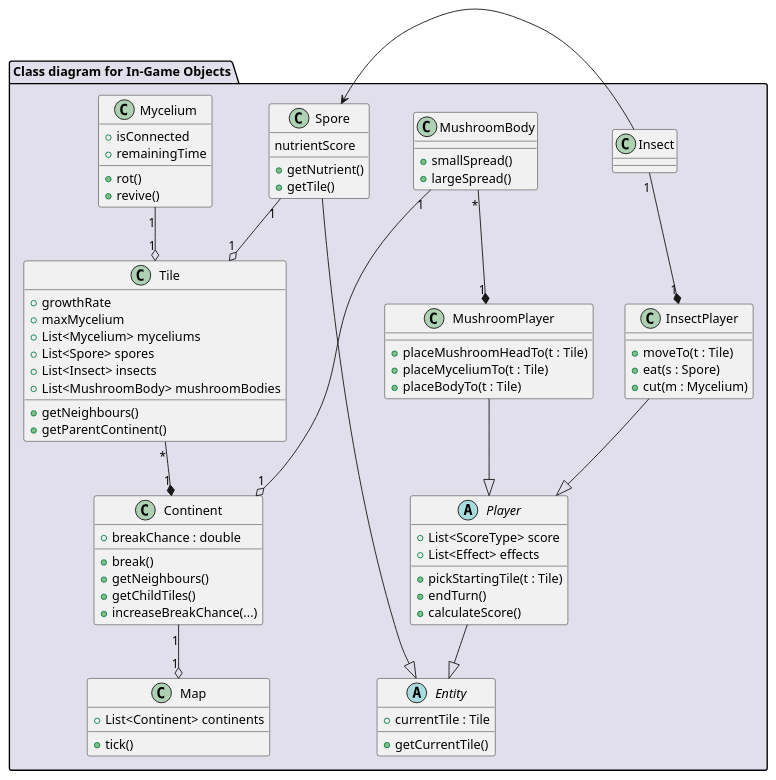
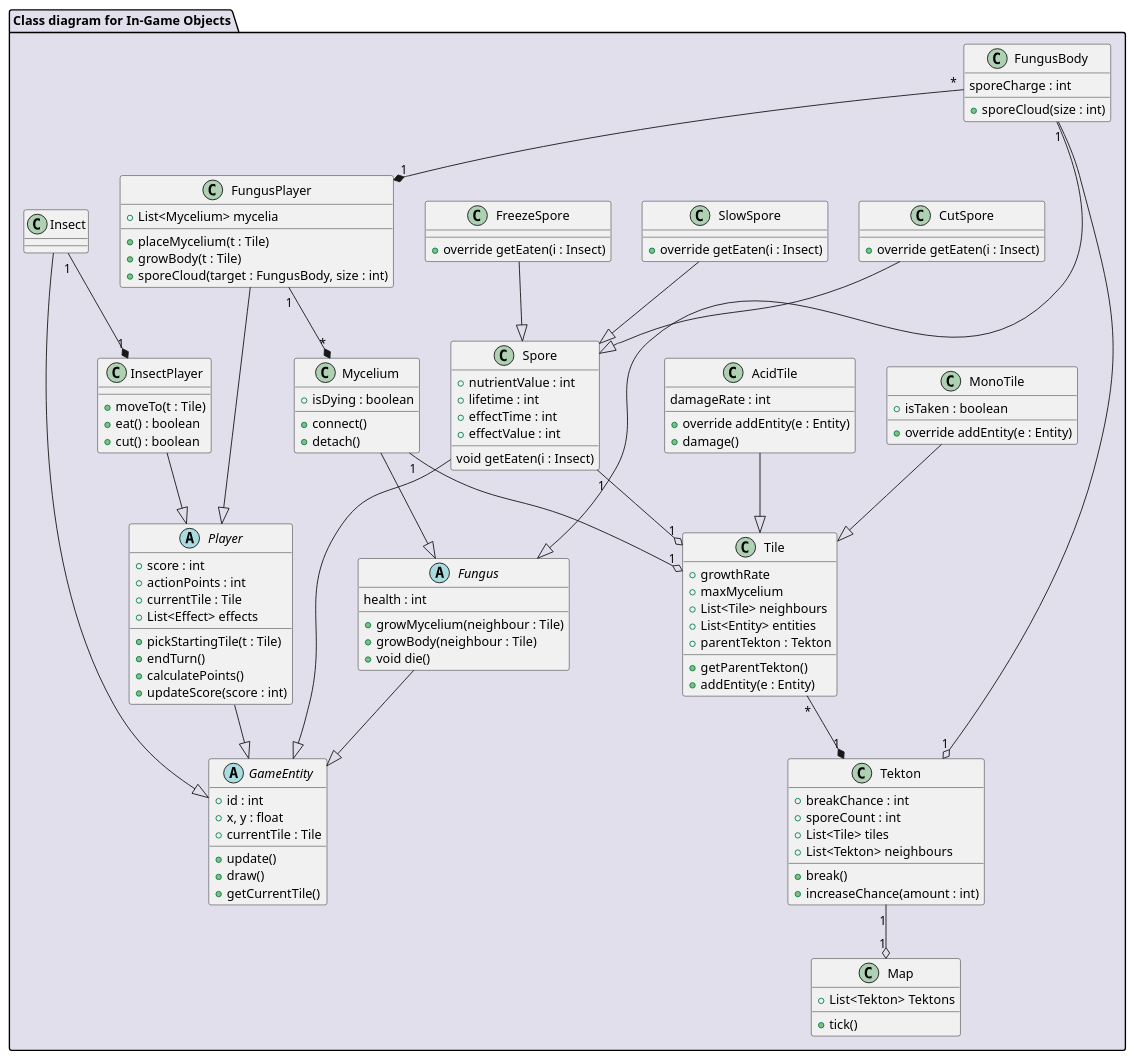
One commit to Harcipan/Projlab_nullpointerexception changed the diagram in diagrams/diagramFiles/CD_InGameObjects.puml. Above: the diagram before and after it, drawn with PlantUML. The commit also changed 9 other files, not shown here.

Commit message:
extended the diagram, made it more consistent

```diff
--- a/diagrams/diagramFiles/CD_InGameObjects.puml
+++ b/diagrams/diagramFiles/CD_InGameObjects.puml
@@ -1,98 +1,146 @@
 @startuml CD_InGameObjects
 
 package "Class diagram for In-Game Objects" #E1DFEB {
     
     'world elements'
 
     class Map {
-        + List<Continent> continents
+        + List<Tekton> Tektons
         + tick()
     }
 
-    class Continent {
-        + breakChance : double
+    class Tekton {
+        + breakChance : int
+        + sporeCount : int
+        + List<Tile> tiles
+        + List<Tekton> neighbours
         + break()
-        + getNeighbours()
-        + getChildTiles()
-        + increaseBreakChance(...)
+        + increaseChance(amount : int)
     }
 
     class Tile {
-        + getNeighbours()
         + growthRate
         + maxMycelium
-        + List<Mycelium> myceliums
-        + List<Spore> spores
-        + List<Insect> insects
-        + List<MushroomBody> mushroomBodies
-        + getParentContinent()
+        + List<Tile> neighbours
+        + List<Entity> entities
+        + parentTekton : Tekton
+        + getParentTekton()
+        + addEntity(e : Entity)
     }
 
+    class MonoTile {
+        + isTaken : boolean
+        + override addEntity(e : Entity)
+    }
+
+    class AcidTile {
+        damageRate : int
+        + override addEntity(e : Entity)
+        + damage()
+    }
     'interactive elements'
 
-    abstract class Entity {
+    abstract class GameEntity {
+        + id : int
+        + x, y : float
+        + update()
+        + draw()
         + currentTile : Tile
         + getCurrentTile()
     }
 
     class Mycelium {
-        + isConnected
-        + remainingTime
-        + rot()
-        + revive()
+        + isDying : boolean
+        + connect()
+        + detach()
     }
 
     class Spore {
-        nutrientScore
-        + getNutrient()
-        + getTile()
+        + nutrientValue : int
+        + lifetime : int
+        + effectTime : int
+        + effectValue : int
+        void getEaten(i : Insect)
+    }
+
+    class SlowSpore {
+        + override getEaten(i : Insect)
+    }
+
+    class FreezeSpore {
+        + override getEaten(i : Insect)
+    }
+
+    class CutSpore {
+        + override getEaten(i : Insect)
     }
 
     'playable elements'
 
     abstract class Player {
-        + List<ScoreType> score
+        + score : int
+        + actionPoints : int
+        + currentTile : Tile
         + List<Effect> effects
         + pickStartingTile(t : Tile)
         + endTurn()
-        + calculateScore()
+        + calculatePoints()
+        + updateScore(score : int)
     }
 
-    class MushroomPlayer {
-        + placeMushroomHeadTo(t : Tile)
-        + placeMyceliumTo(t : Tile)
-        + placeBodyTo(t : Tile)
+
+    class FungusPlayer {
+        + List<Mycelium> mycelia
+        + placeMycelium(t : Tile)
+        + growBody(t : Tile)
+        + sporeCloud(target : FungusBody, size : int)
     }
 
-    class MushroomBody {
-        + smallSpread()
-        + largeSpread()
+    abstract class Fungus {
+        health : int
+        + growMycelium(neighbour : Tile)
+        + growBody(neighbour : Tile)
+        + void die()
+    }
+
+    class FungusBody {
+        sporeCharge : int
+        + sporeCloud(size : int)
     }
     
     class InsectPlayer {
         + moveTo(t : Tile)
-        + eat(s : Spore)
-        + cut(m : Mycelium)
+        + eat() : boolean
+        + cut() : boolean
     }
 
     class Insect {
 
     }
 
     'connections'
 
-    Player --|> Entity
-    Spore --|> Entity
-    Continent "1" --o "1" Map
-    MushroomBody "1" --o "1" Continent
-    Tile "*" --* "1" Continent
+    Player --|> GameEntity
+    Spore --|> GameEntity
+    SlowSpore --|> Spore
+    FreezeSpore --|> Spore
+    CutSpore --|> Spore
+    Tekton "1" --o "1" Map
+    FungusBody "1" --o "1" Tekton
+    Tile "*" --* "1" Tekton
+    MonoTile --|> Tile
+    AcidTile --|> Tile
     Mycelium "1" --o "1" Tile
-    Insect -> Spore
+    Mycelium --|> Fungus
+    FungusBody --|> Fungus
+    Fungus --|> GameEntity
+    Insect --|> GameEntity
     Spore "1" --o "1" Tile
-    MushroomPlayer --|> Player
+    FungusPlayer --|> Player
+    FungusPlayer "1" --* "*" Mycelium
     InsectPlayer --|> Player
     Insect "1" --* "1" InsectPlayer
-    MushroomBody "*" --* "1" MushroomPlayer
+    FungusBody "*" --* "1" FungusPlayer
 }
 
 @enduml
```
